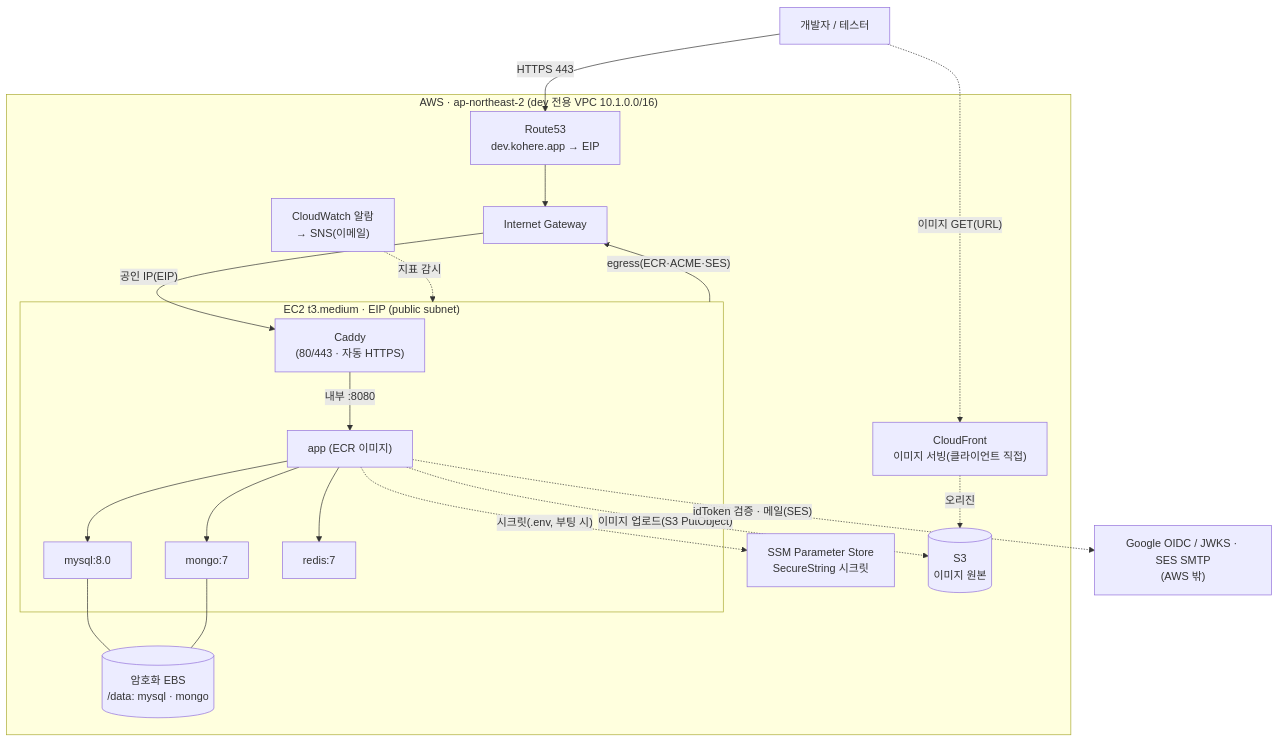
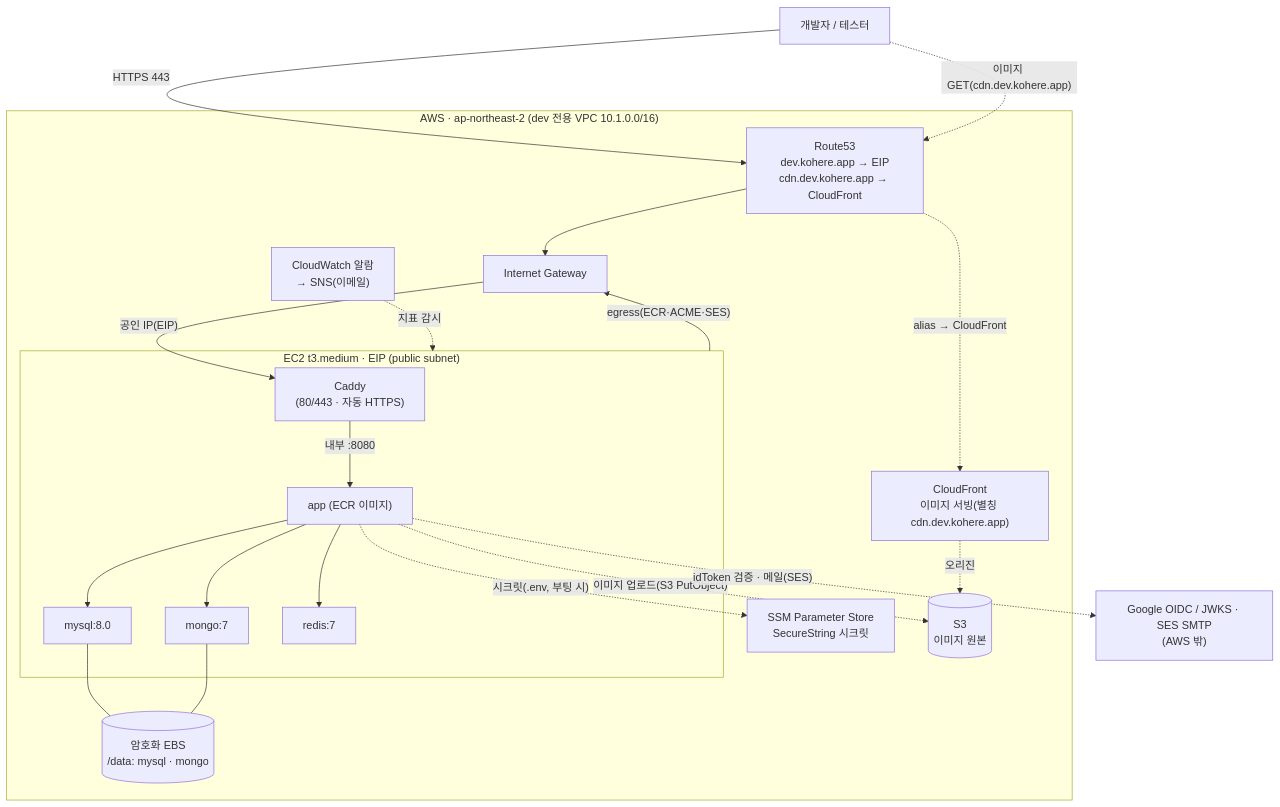
Before and after one commit to jameskim9509/Kohere-backend: the diagram in docs/adr/0021-cost-optimization-profile.md, drawn with Mermaid. The commit also changed other lines of this file and 1 other file, not shown here.

Commit message:
docs: 이미지 서빙 경로 Route53 경유 다이어그램 갱신
- system-overview prod·dev 다이어그램: 이미지 GET을 클라이언트→Route53(별칭)→CloudFront로 수정
- ADR-0021 dev 토폴로지 동일 반영(cdn.dev.kohere.app), 비용 무영향 명시
- 표 비고에 Route53 alias·us-east-1 ACM 명시, "S3 읽기·쓰기 없음" 모순 표현 정정

Refs: #33

````diff
--- a/docs/adr/0021-cost-optimization-profile.md
+++ b/docs/adr/0021-cost-optimization-profile.md
@@ -41,39 +41,40 @@
 ```mermaid
 flowchart TB
     DEV["개발자 / 테스터"]
     EXT["Google OIDC / JWKS · SES SMTP<br/>(AWS 밖)"]
 
     subgraph AWS["AWS · ap-northeast-2 (dev 전용 VPC 10.1.0.0/16)"]
-      R53["Route53<br/>dev.kohere.app → EIP"]
+      R53["Route53<br/>dev.kohere.app → EIP<br/>cdn.dev.kohere.app → CloudFront"]
       SSM["SSM Parameter Store<br/>SecureString 시크릿"]
-      CF["CloudFront<br/>이미지 서빙(클라이언트 직접)"]
+      CF["CloudFront<br/>이미지 서빙(별칭 cdn.dev.kohere.app)"]
       S3IMG[("S3<br/>이미지 원본")]
       CW["CloudWatch 알람<br/>→ SNS(이메일)"]
       IGW["Internet Gateway"]
       subgraph EC2["EC2 t3.medium · EIP (public subnet)"]
         CADDY["Caddy<br/>(80/443 · 자동 HTTPS)"]
         APP["app (ECR 이미지)"]
         MYSQL["mysql:8.0"]
         MONGO["mongo:7"]
         REDIS["redis:7"]
       end
       EBS[("암호화 EBS<br/>/data: mysql · mongo")]
     end
 
     DEV -- "HTTPS 443" --> R53
     R53 --> IGW
     IGW -- "공인 IP(EIP)" --> CADDY
     CADDY -- "내부 :8080" --> APP
     EC2 -- "egress(ECR·ACME·SES)" --> IGW
     CW -. "지표 감시" .-> EC2
     APP --> MYSQL
     APP --> MONGO
     APP --> REDIS
     MYSQL --- EBS
     MONGO --- EBS
     APP -. "이미지 업로드(S3 PutObject)" .-> S3IMG
     CF -. "오리진" .-> S3IMG
-    DEV -. "이미지 GET(URL)" .-> CF
+    DEV -. "이미지 GET(cdn.dev.kohere.app)" .-> R53
+    R53 -. "alias → CloudFront" .-> CF
     APP -. "시크릿(.env, 부팅 시)" .-> SSM
     APP -. "idToken 검증 · 메일(SES)" .-> EXT
 ```
````
